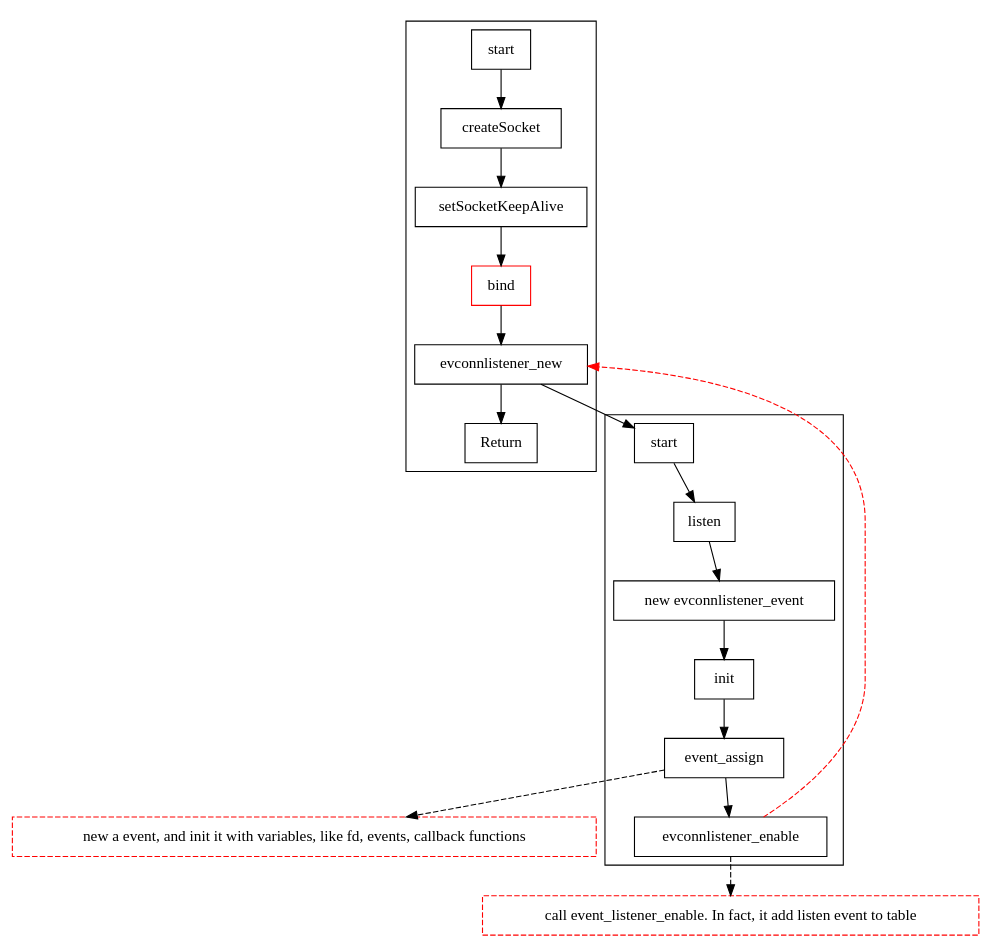
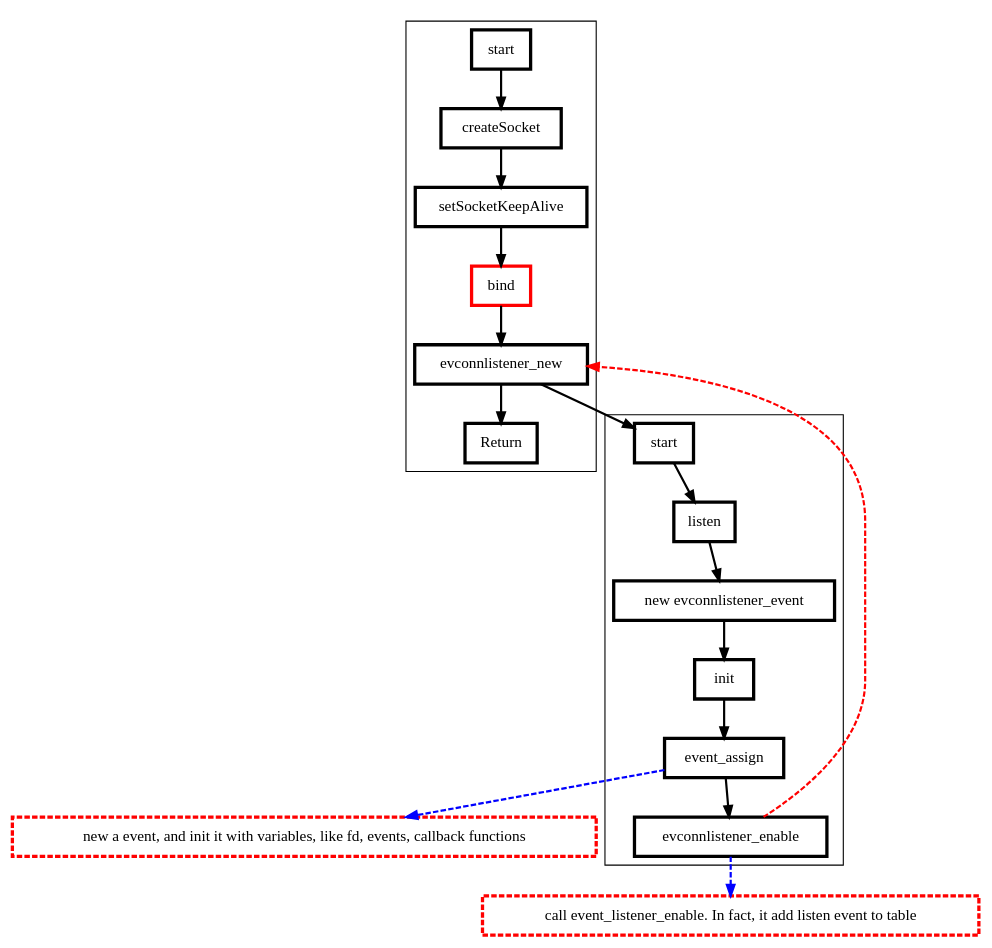
One commit to NedyWang/nedywang.github.io changed the diagram in _posts/2018-01-03-evconnlistener.markdown. Above: the diagram before and after it, drawn with Graphviz.

````diff
--- a/_posts/2018-01-03-evconnlistener.markdown
+++ b/_posts/2018-01-03-evconnlistener.markdown
@@ -153,30 +153,30 @@
 ```dot
 digraph G {
-	node[shape=box]
-	edge[]
+	node[shape=box, penwidth=3]
+	edge[penwidth=2]
 
 	subgraph cluster_evconnlistener_new_bind{
 		AStart[label=start]
 		bind [color=red]
 		AStart->createSocket->
 		setSocketKeepAlive->
 		bind->
 		evconnlistener_new->Return
 	}
 
 	subgraph cluster_evconnlistener_new {
 		callolc [label="new evconnlistener_event"]
 		evconnlistener_new->BStart
 		BStart[label=start]
 		BStart->listen->callolc->init->event_assign->evconnlistener_enable
 		evconnlistener_enable->evconnlistener_new [style=dashed,color=red]
 	}
 
 	descEvetnAssign [label="new a event, and init it with variables, like fd, events, callback functions",style=dashed,color=red,shape=box]
-	event_assign->descEvetnAssign[style=dashed]
+	event_assign->descEvetnAssign[style=dashed,color=blue]
 
 	descEvConnEnable[label="call event_listener_enable. In fact, it add listen event to table",style=dashed,color=red,shape=box]
-	evconnlistener_enable->descEvConnEnable [style=dashed]
+	evconnlistener_enable->descEvConnEnable [style=dashed, color=blue]
 
 }
 ```
````
